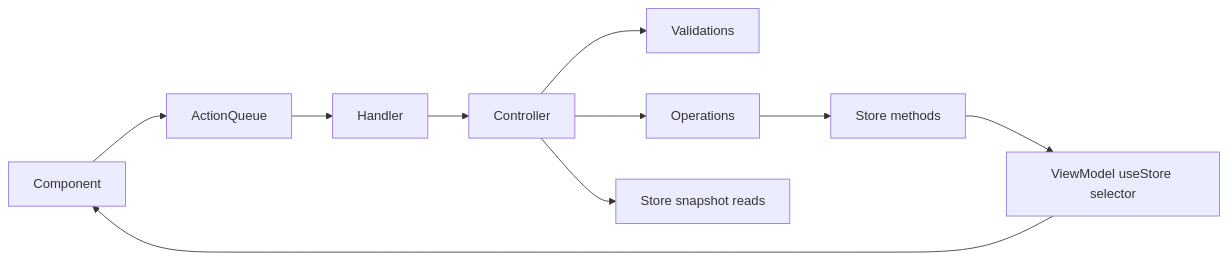
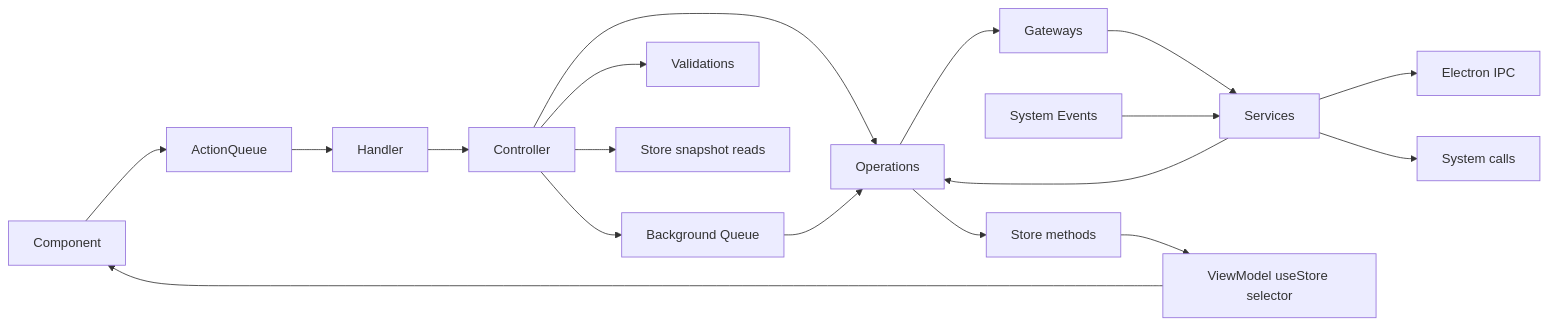
The diagram in .cursor/rules/app-architecture.mdc (Dangerdan9631/Vayeate), drawn with Mermaid before and after one commit. The commit also changed other lines of this file and 235 other files, not shown here.

````diff
--- a/.cursor/rules/app-architecture.mdc
+++ b/.cursor/rules/app-architecture.mdc
@@ -26,12 +27,20 @@
 ```mermaid
 flowchart LR
   UI[Component] --> AQ[ActionQueue]
   AQ --> H[Handler]
   H --> C[Controller]
+  C --> BQ[Background Queue]
   C --> V[Validations]
   C --> O[Operations]
   C --> S1[Store snapshot reads]
+  BQ --> O
   O --> S2[Store methods]
+  O --> G[Gateways]
+  G --> S[Services]
+  S --> E[Electron IPC]
+  S --> S3[System calls]
+  S4[System Events] --> S
+  S --> O
   S2 --> VM[ViewModel useStore selector]
   VM --> UI
 ```
````
